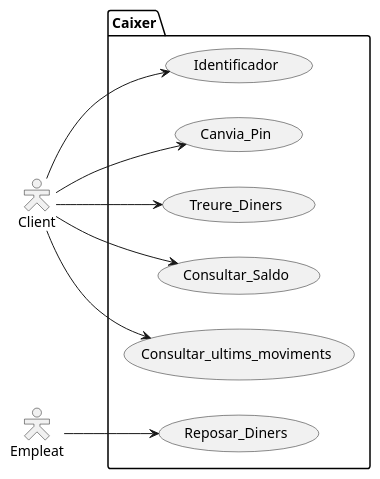
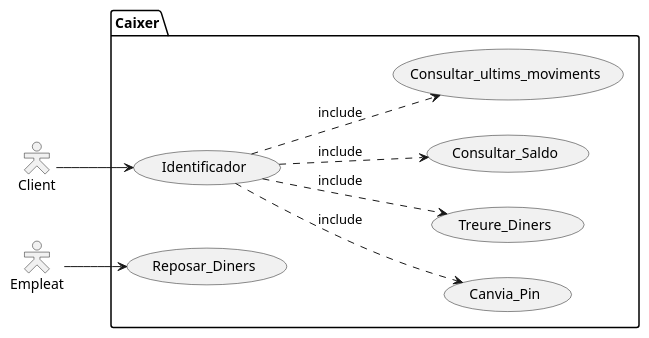
One commit to albert1413/M5_UML changed the diagram in Caixer.plantuml. Above: the diagram before and after it, drawn with PlantUML. The commit also changed 1 other file, not shown here.

```diff
--- a/Caixer.plantuml
+++ b/Caixer.plantuml
@@ -1,28 +1,28 @@
 @startuml
 
 skinparam actorstyle hollow
 left to right direction
 
 :Client: as Client
 :Empleat: as Empleat
 
 package Caixer{
     (Identificador) as (id)
     (Canvia_Pin)
     (Treure_Diners)
     (Consultar_Saldo)
     (Consultar_ultims_moviments)
     (Reposar_Diners)
-    
 }
 
 
 Client --> (id)
-Client -->(Treure_Diners)
-Client --> (Consultar_Saldo)
-Client --> (Canvia_Pin)
-Client --> (Consultar_ultims_moviments)
 Empleat --> (Reposar_Diners)
+
+(id) ..>(Treure_Diners) : include
+(id) ..> (Consultar_Saldo) : include
+(id) ..> (Canvia_Pin) : include
+(id) ..> (Consultar_ultims_moviments) : include 
 
 
 @enduml
```
